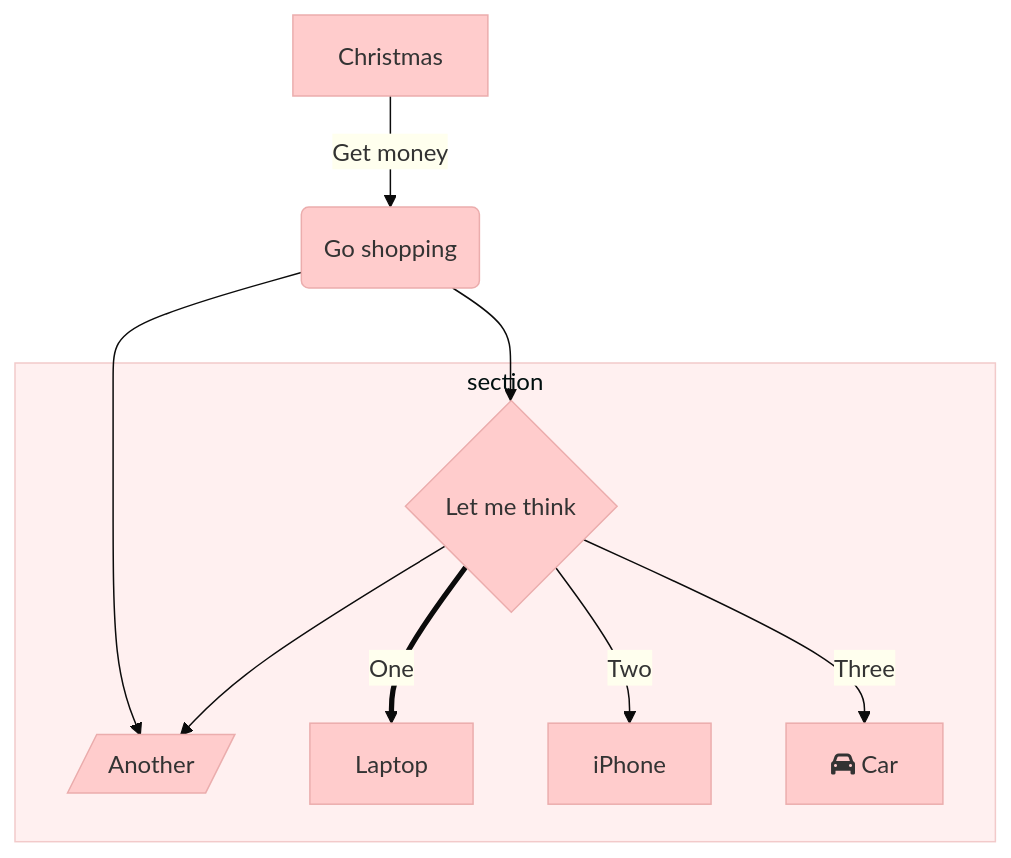
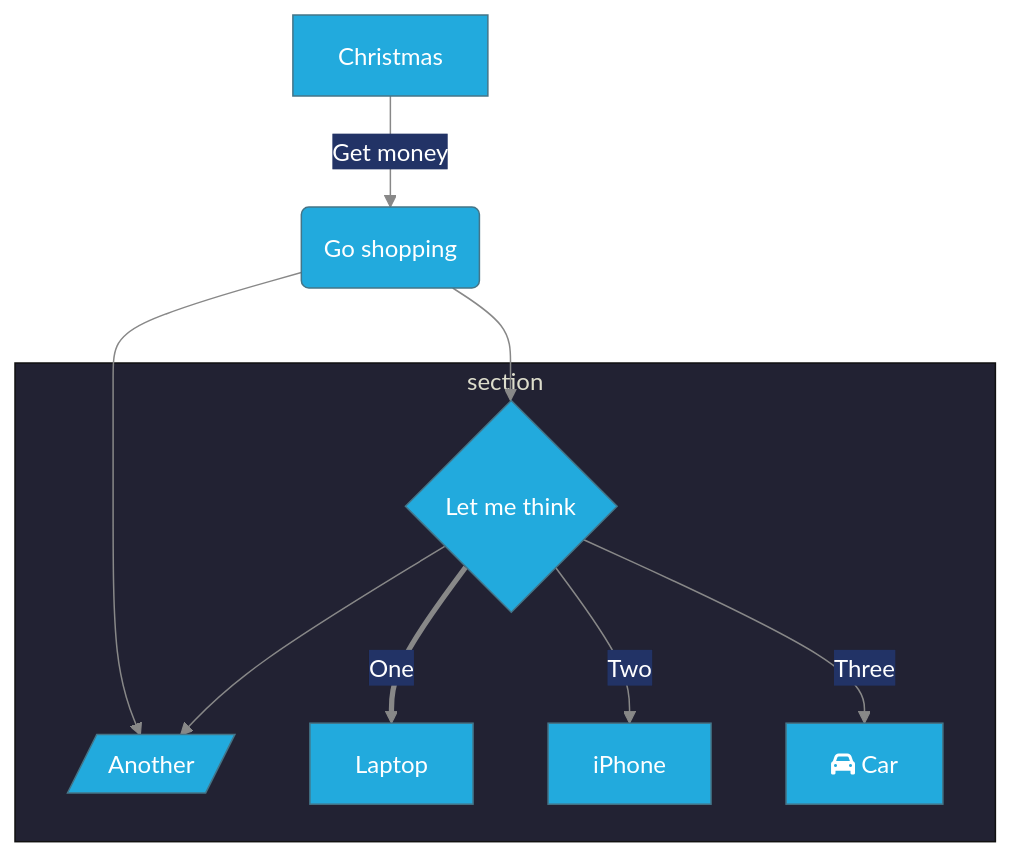
Before and after one commit to taontech/www: the first of 5 diagrams in taon.top/content/post/even-theme-show.md, drawn with Mermaid.

````diff
--- a/taon.top/content/post/even-theme-show.md
+++ b/taon.top/content/post/even-theme-show.md
@@ -19,18 +19,18 @@
 ```mermaid
-%%{init: {'theme': 'base', 'themeVariables': { 'primaryColor': '#ffcccc', 'edgeLabelBackground':'#ffffee', 'tertiaryColor': '#fff0f0'} } }%%
+%%{init: {'theme': 'base', 'themeVariables': { 'primaryColor': '#22aadd', 'edgeLabelBackground':'#223366', 'tertiaryColor': '#222233','lineColor':'#888888','textColor':'#888888','primaryTextColor':'#ffffff'} } }%%
         graph TD
           A[Christmas] -->|Get money| B(Go shopping)
           B --> C{Let me think}
           B --> G[/Another/]
           C ==>|One| D[Laptop]
           C -->|Two| E[iPhone]
           C -->|Three| F[fa:fa-car Car]
           C --> G
           subgraph section
             C
             D
             E
             F
             G
           end
 ```
````
